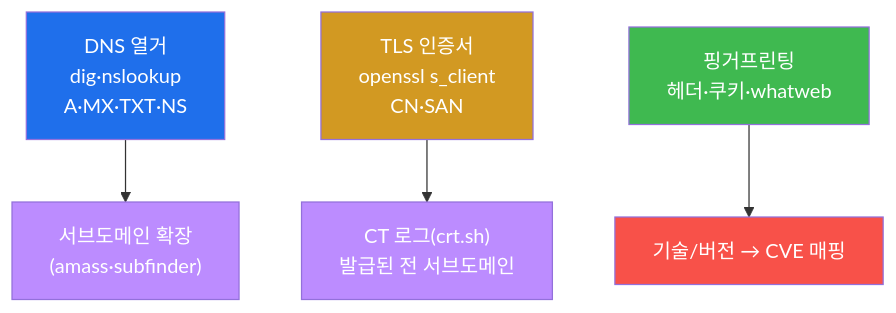
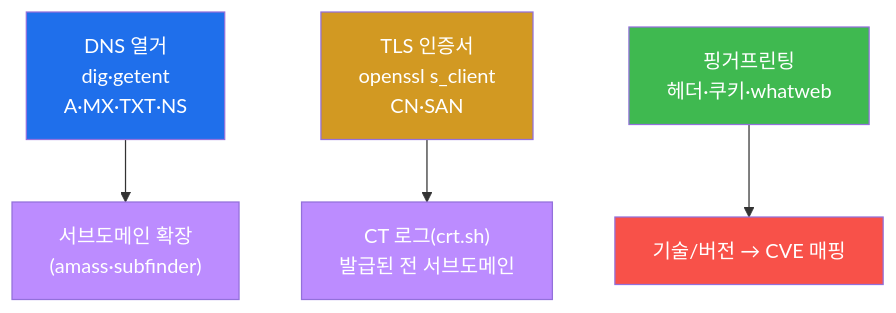
One commit to mrgrit/tw2 changed the second of 3 diagrams in contents/training/attack-adv/lecture_week02.md. Above: the diagram before and after it, drawn with Mermaid. The commit also changed other lines of this file, not shown here.

First line of the commit message:
docs(attack-adv): W02 강의 골드 확장 (178→317줄) — 정보원5종·인증서 self-signed 읽기·2단 핑거프린팅·응답코드 경로판별·getent/dig 함정·임의작명

````diff
--- a/contents/training/attack-adv/lecture_week02.md
+++ b/contents/training/attack-adv/lecture_week02.md
@@ -99,15 +175,15 @@
 ```mermaid
 graph TD
-    DNS["DNS 열거<br/>dig·nslookup<br/>A·MX·TXT·NS"]
+    DNS["DNS 열거<br/>dig·getent<br/>A·MX·TXT·NS"]
     DNS --> SUB["서브도메인 확장<br/>(amass·subfinder)"]
     TLS["TLS 인증서<br/>openssl s_client<br/>CN·SAN"]
     TLS --> CT["CT 로그(crt.sh)<br/>발급된 전 서브도메인"]
     FP["핑거프린팅<br/>헤더·쿠키·whatweb"]
     FP --> CVE["기술/버전 → CVE 매핑"]
     style DNS fill:#1f6feb,color:#fff
     style SUB fill:#bc8cff,color:#fff
     style TLS fill:#d29922,color:#fff
     style CT fill:#bc8cff,color:#fff
     style FP fill:#3fb950,color:#fff
     style CVE fill:#f85149,color:#fff
 ```
````
